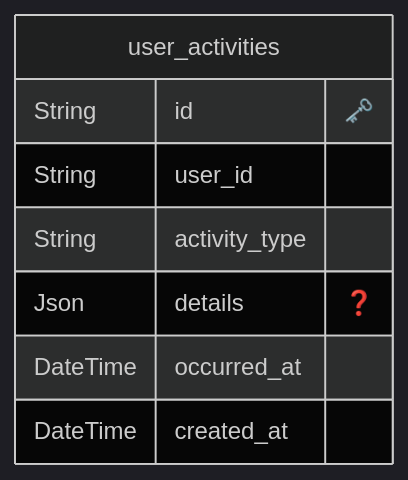
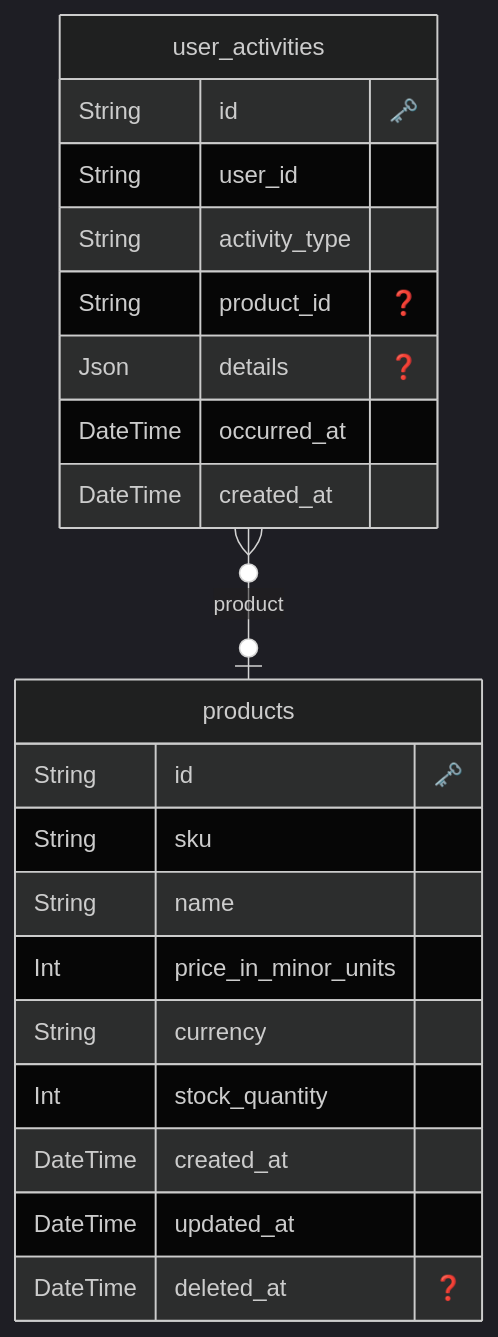
Before and after one commit to KimHG1995/nestjs-monorepo-test: the diagram in libs/prisma-client/ERD.md, drawn with Mermaid (dark theme). The commit also changed 7 other files, not shown here.

Commit message:
feat(prisma): add product activity schema

````diff
--- a/libs/prisma-client/ERD.md
+++ b/libs/prisma-client/ERD.md
@@ -1,13 +1,28 @@
 ```mermaid
 erDiagram
 
+  "products" {
+    String id "🗝️"
+    String sku
+    String name
+    Int price_in_minor_units
+    String currency
+    Int stock_quantity
+    DateTime created_at
+    DateTime updated_at
+    DateTime deleted_at "❓"
+    }
+
+
   "user_activities" {
     String id "🗝️"
-    String user_id 
-    String activity_type 
+    String user_id
+    String activity_type
+    String product_id "❓"
     Json details "❓"
-    DateTime occurred_at 
-    DateTime created_at 
+    DateTime occurred_at
+    DateTime created_at
     }
-  
+
+    "user_activities" }o--|o products : "product"
 ```
````
